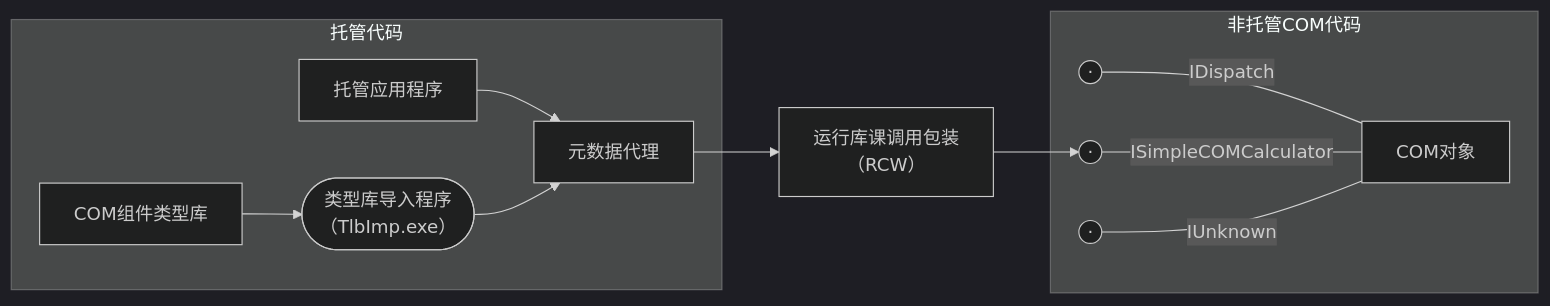
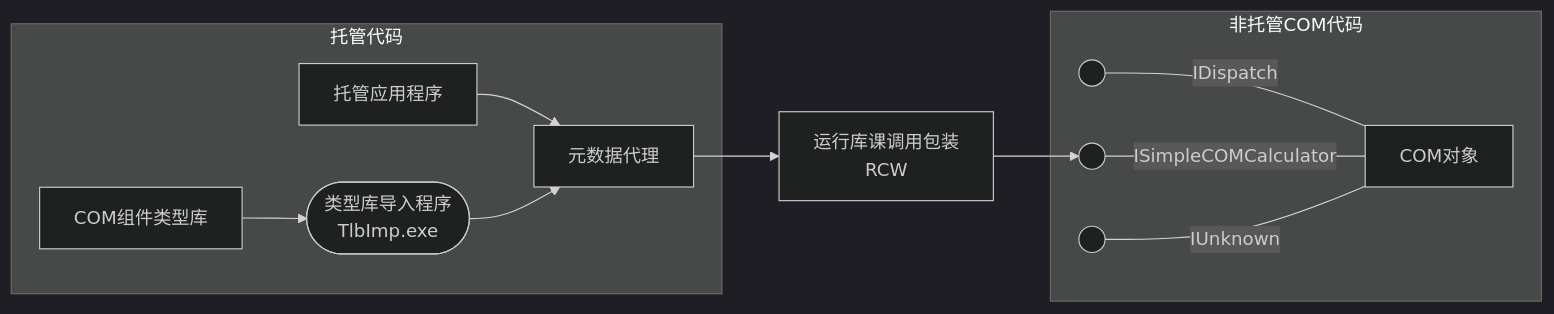
The third of 3 diagrams in source/_posts/CSharp与C++代码的互操作方式.md (Poker-sang/Poker-sang.github.io), drawn with Mermaid (dark theme) before and after one commit. The commit also changed other lines of this file, not shown here.

```diff
--- a/source/_posts/CSharp与C++代码的互操作方式.md
+++ b/source/_posts/CSharp与C++代码的互操作方式.md
@@ -108,23 +107,21 @@
 {% mermaid %}
 flowchart LR
     X--IDispatch---F
     Y--ISimpleCOMCalculator---F
     Z--IUnknown---F
     A-->B
     C-->D-->B-->E-->Y
     subgraph 托管代码
         A[托管应用程序]
         B[元数据代理]
         C[COM组件类型库]
-        D([类型库导入程序
-        （TlbImp.exe）])
+        D([类型库导入程序<br/>TlbImp.exe])
     end
-    E[运行库课调用包装
-    （RCW）]
+    E[运行库课调用包装<br/>RCW]
     subgraph 非托管COM代码
         F[COM对象]
-        X((·))
-        Y((·))
-        Z((·))
+        X((&ensp;))
+        Y((&ensp;))
+        Z((&ensp;))
     end
 {% endmermaid %}
```
